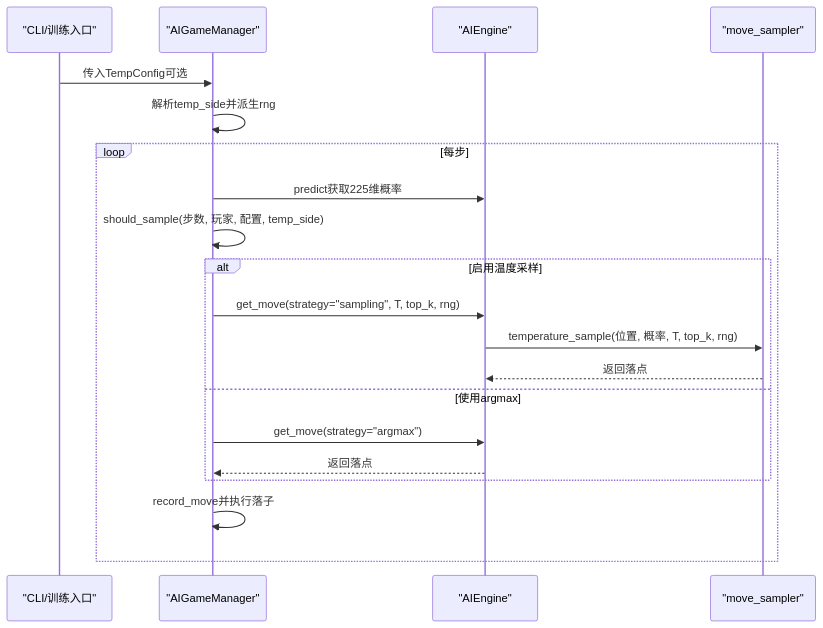
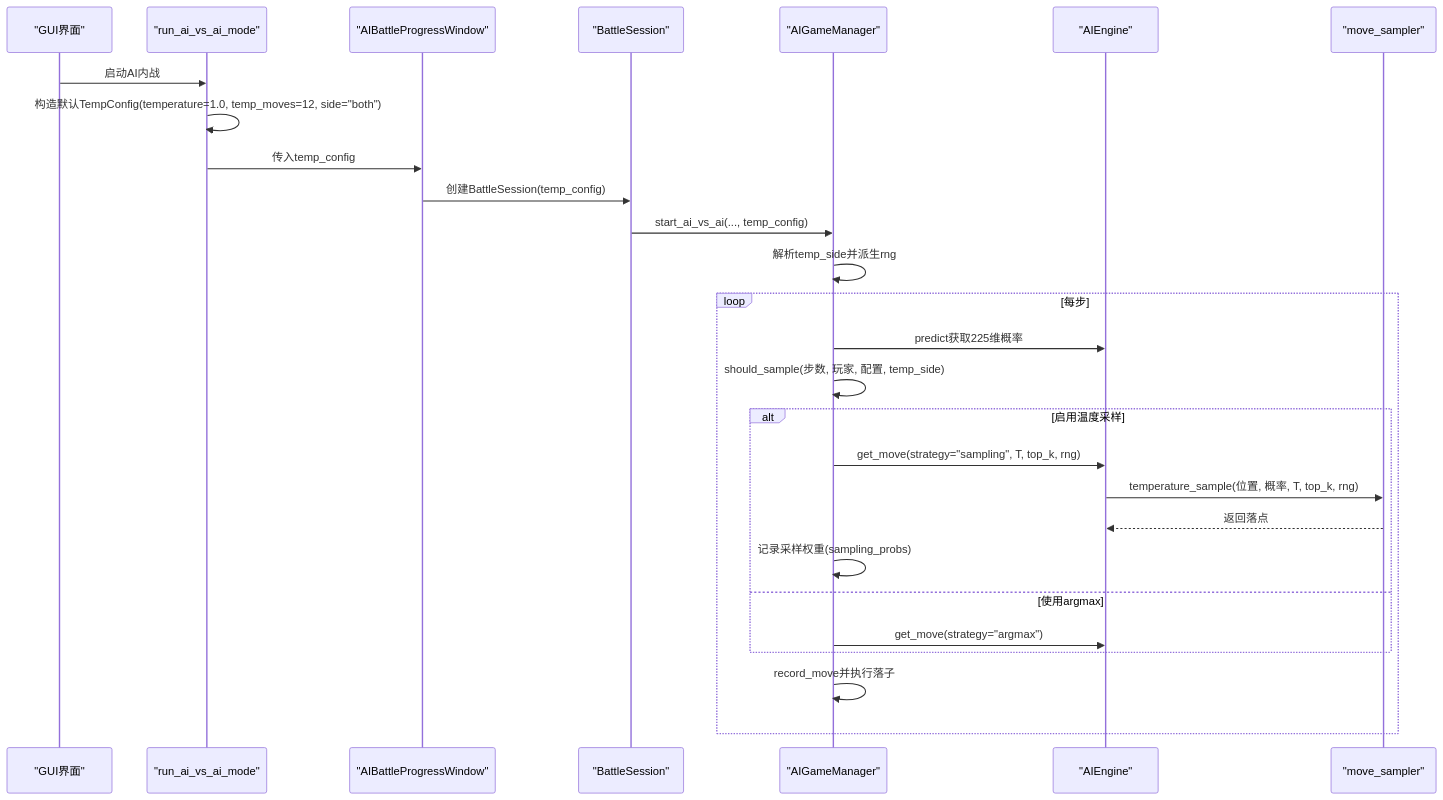
The second of 10 diagrams in .qoder/repowiki/zh/content/设计文档/训练算法设计/移动采样策略.md (nanhao/gomoku), drawn with Mermaid before and after one commit. The commit also changed other lines of this file and 11 other files, not shown here.

````diff
--- a/.qoder/repowiki/zh/content/设计文档/训练算法设计/移动采样策略.md
+++ b/.qoder/repowiki/zh/content/设计文档/训练算法设计/移动采样策略.md
@@ -108,22 +155,29 @@
 ```mermaid
 sequenceDiagram
-participant CLI as "CLI/训练入口"
+participant GUI as "GUI界面"
+participant GAB as "run_ai_vs_ai_mode"
+participant ABW as "AIBattleProgressWindow"
+participant BS as "BattleSession"
 participant GM as "AIGameManager"
 participant ENG as "AIEngine"
 participant MS as "move_sampler"
-CLI->>GM : 传入TempConfig可选
+GUI->>GAB : 启动AI内战
+GAB->>GAB : 构造默认TempConfig(temperature=1.0, temp_moves=12, side="both")
+GAB->>ABW : 传入temp_config
+ABW->>BS : 创建BattleSession(temp_config)
+BS->>GM : start_ai_vs_ai(..., temp_config)
 GM->>GM : 解析temp_side并派生rng
 loop 每步
 GM->>ENG : predict获取225维概率
 GM->>GM : should_sample(步数, 玩家, 配置, temp_side)
 alt 启用温度采样
 GM->>ENG : get_move(strategy="sampling", T, top_k, rng)
 ENG->>MS : temperature_sample(位置, 概率, T, top_k, rng)
 MS-->>ENG : 返回落点
+GM->>GM : 记录采样权重(sampling_probs)
 else 使用argmax
 GM->>ENG : get_move(strategy="argmax")
-ENG-->>GM : 返回落点
 end
 GM->>GM : record_move并执行落子
 end
 ```
````
